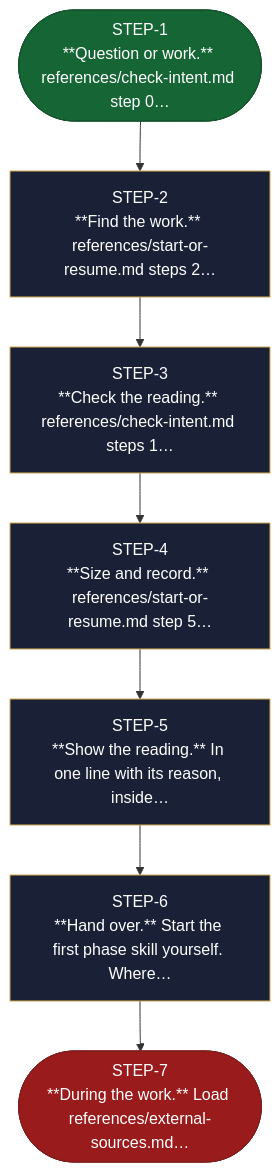
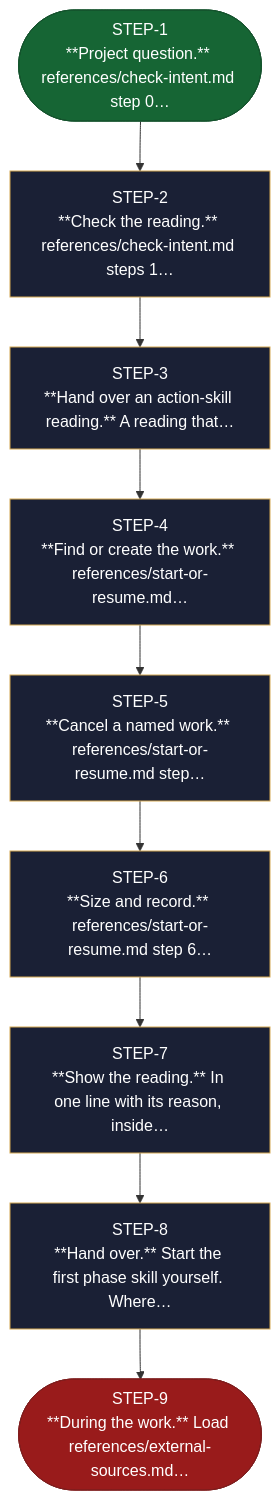
Before and after one commit to AndreVianna/aid-methodology: the diagram in site/src/content/docs/skills/aid-orchestrate.md, drawn with Mermaid. The commit also changed other lines of this file and 5 other files, not shown here.

````diff
--- a/site/src/content/docs/skills/aid-orchestrate.md
+++ b/site/src/content/docs/skills/aid-orchestrate.md
@@ -22,36 +22,44 @@
 ```mermaid
 flowchart TB
   classDef aidNode color:#fff
   classDef aidEntry fill:#166534,stroke:#14532d,color:#fff
   classDef aidExit fill:#991b1b,stroke:#7f1d1d,color:#fff
   classDef aidDecision fill:#92400e,stroke:#78350f,color:#fff
   classDef aidLoopBack fill:#1e3a8a,stroke:#1e3a8a,color:#fff
   classDef aidStep fill:#1a2035,stroke:#d4a853,color:#f1f5f9
-  n1(["STEP-1<br/>**Question or work.** references/check-intent.md step 0…"])
-  n2["STEP-2<br/>**Find the work.** references/start-or-resume.md steps 2…"]
-  n3["STEP-3<br/>**Check the reading.** references/check-intent.md steps 1…"]
-  n4["STEP-4<br/>**Size and record.** references/start-or-resume.md step 5…"]
-  n5["STEP-5<br/>**Show the reading.** In one line with its reason, inside…"]
-  n6["STEP-6<br/>**Hand over.** Start the first phase skill yourself. Where…"]
-  n7(["STEP-7<br/>**During the work.** Load references/external-sources.md…"])
+  n1(["STEP-1<br/>**Project question.** references/check-intent.md step 0…"])
+  n2["STEP-2<br/>**Check the reading.** references/check-intent.md steps 1…"]
+  n3["STEP-3<br/>**Hand over an action-skill reading.** A reading that…"]
+  n4["STEP-4<br/>**Find or create the work.** references/start-or-resume.md…"]
+  n5["STEP-5<br/>**Cancel a named work.** references/start-or-resume.md step…"]
+  n6["STEP-6<br/>**Size and record.** references/start-or-resume.md step 6…"]
+  n7["STEP-7<br/>**Show the reading.** In one line with its reason, inside…"]
+  n8["STEP-8<br/>**Hand over.** Start the first phase skill yourself. Where…"]
+  n9(["STEP-9<br/>**During the work.** Load references/external-sources.md…"])
   n1 --> n2
   n2 --> n3
   n3 --> n4
   n4 --> n5
   n5 --> n6
   n6 --> n7
+  n7 --> n8
+  n8 --> n9
   class n1 aidEntry
   class n2 aidStep
   class n3 aidStep
   class n4 aidStep
   class n5 aidStep
   class n6 aidStep
-  class n7 aidExit
+  class n7 aidStep
+  class n8 aidStep
+  class n9 aidExit
   class n1 aidNode
   class n2 aidNode
   class n3 aidNode
   class n4 aidNode
   class n5 aidNode
   class n6 aidNode
   class n7 aidNode
+  class n8 aidNode
+  class n9 aidNode
 ```
````
